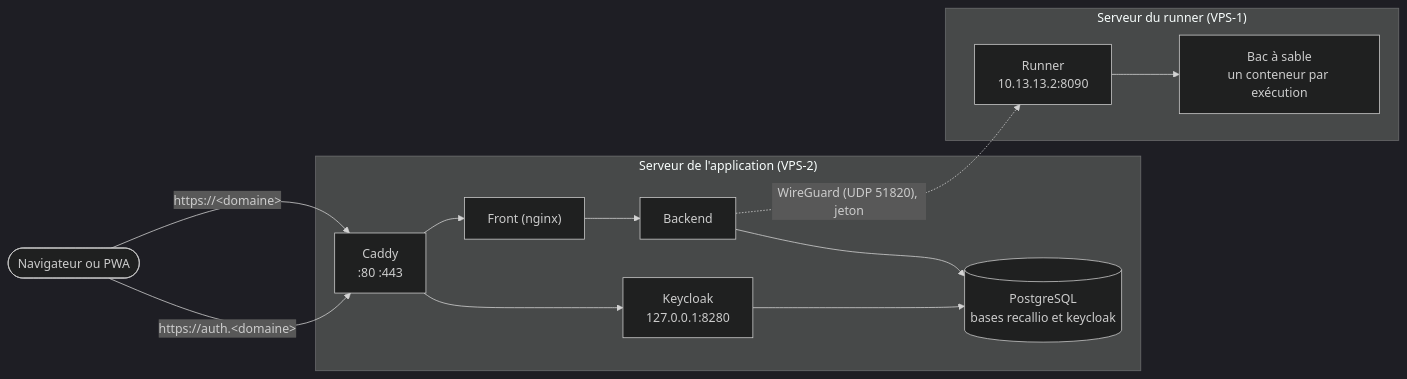
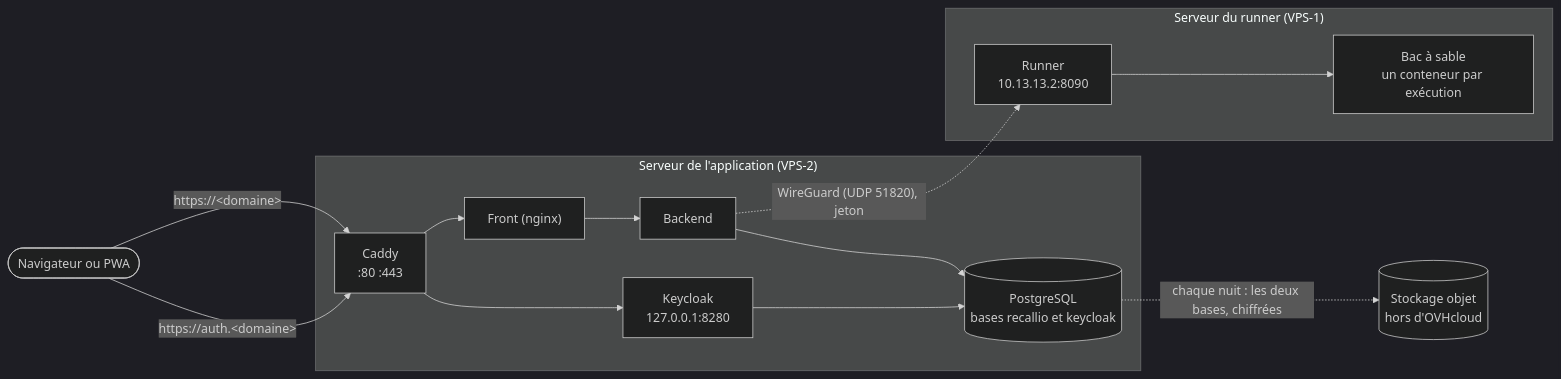
Before and after one commit to potichacha/recallio: the diagram in docs/deploiement.md, drawn with Mermaid (dark theme). The commit also changed other lines of this file and 13 other files, not shown here.

````diff
--- a/docs/deploiement.md
+++ b/docs/deploiement.md
@@ -25,23 +26,25 @@
 ```mermaid
 flowchart LR
     user([Navigateur ou PWA])
     subgraph app ["Serveur de l'application (VPS-2)"]
         caddy["Caddy<br/>:80 :443"]
         front["Front (nginx)"]
         back["Backend"]
         kc["Keycloak<br/>127.0.0.1:8280"]
         db[("PostgreSQL<br/>bases recallio et keycloak")]
     end
     subgraph run ["Serveur du runner (VPS-1)"]
         runner["Runner<br/>10.13.13.2:8090"]
         sandbox["Bac à sable<br/>un conteneur par exécution"]
     end
+    store[("Stockage objet<br/>hors d'OVHcloud")]
     user -- "https://&lt;domaine&gt;" --> caddy
     user -- "https://auth.&lt;domaine&gt;" --> caddy
     caddy --> front --> back
     caddy --> kc
     back --> db
     kc --> db
     back -. "WireGuard (UDP 51820), jeton" .-> runner
     runner --> sandbox
+    db -. "chaque nuit : les deux bases, chiffrées" .-> store
 ```
````
